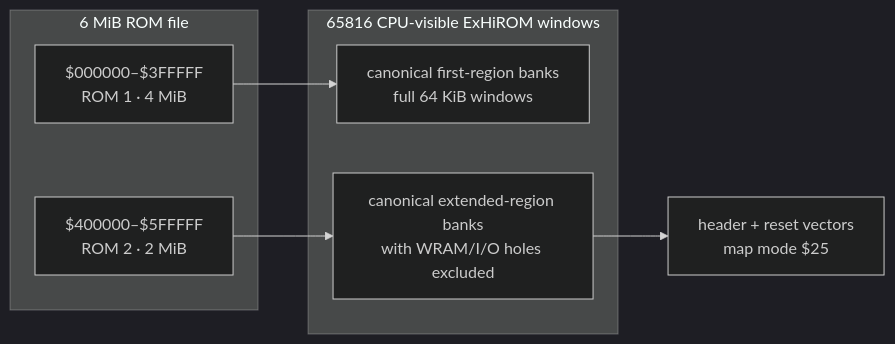
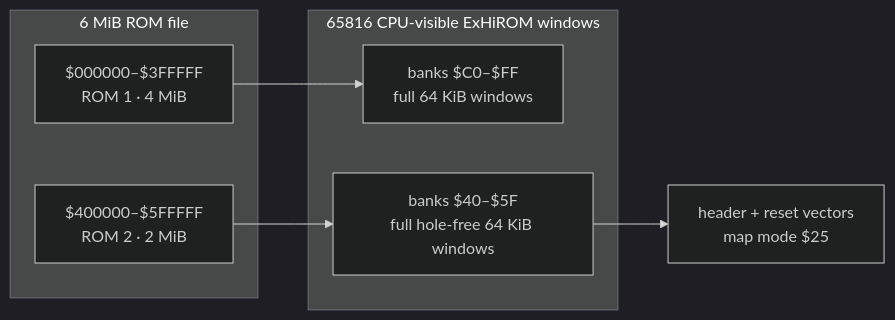
Before and after one commit to wbniv/llvm-mos-65816: the first of 3 diagrams in docs/plans/2026-07-30-lzss-gallery-exhirom-video-boundary-test.md, drawn with Mermaid (dark theme). The commit also changed other lines of this file and 1 other file, not shown here.

````diff
--- a/docs/plans/2026-07-30-lzss-gallery-exhirom-video-boundary-test.md
+++ b/docs/plans/2026-07-30-lzss-gallery-exhirom-video-boundary-test.md
@@ -135,14 +162,14 @@
 ```mermaid
 flowchart LR
   subgraph FILE["6 MiB ROM file"]
     F0["$000000–$3FFFFF<br/>ROM 1 · 4 MiB"]
     F1["$400000–$5FFFFF<br/>ROM 2 · 2 MiB"]
   end
   subgraph CPU["65816 CPU-visible ExHiROM windows"]
-    C0["canonical first-region banks<br/>full 64 KiB windows"]
-    C1["canonical extended-region banks<br/>with WRAM/I/O holes excluded"]
+    C0["banks $C0–$FF<br/>full 64 KiB windows"]
+    C1["banks $40–$5F<br/>full hole-free 64 KiB windows"]
   end
   F0 --> C0
   F1 --> C1
   C1 --> BOOT["header + reset vectors<br/>map mode $25"]
 ```
````
